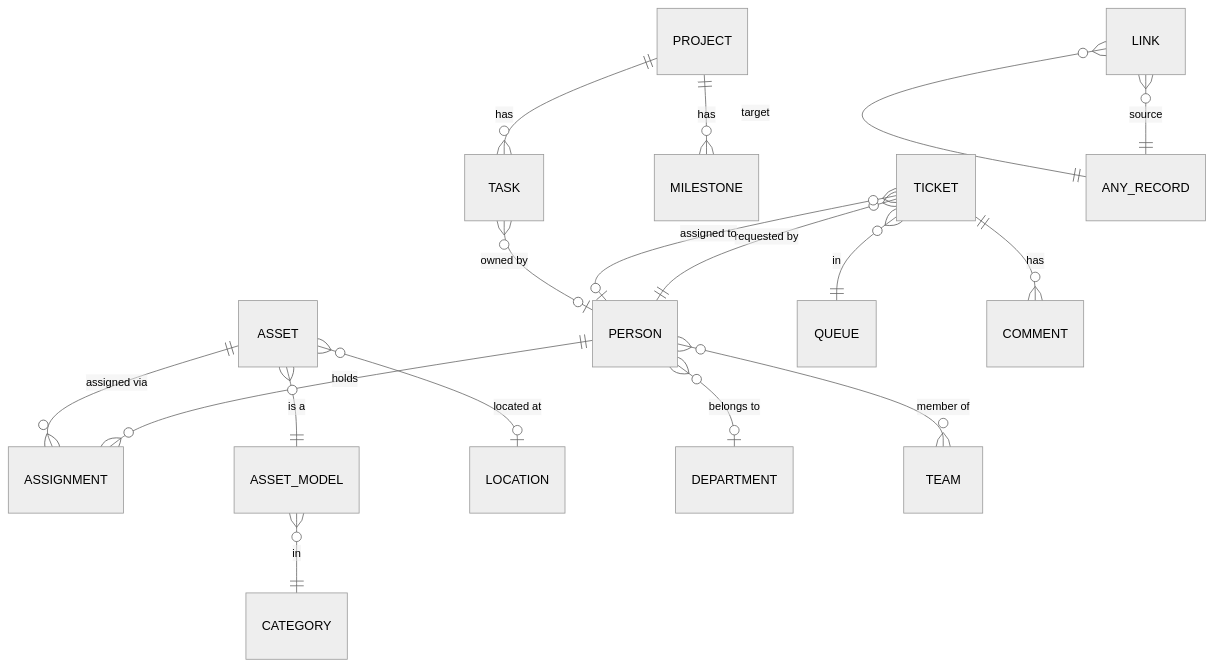
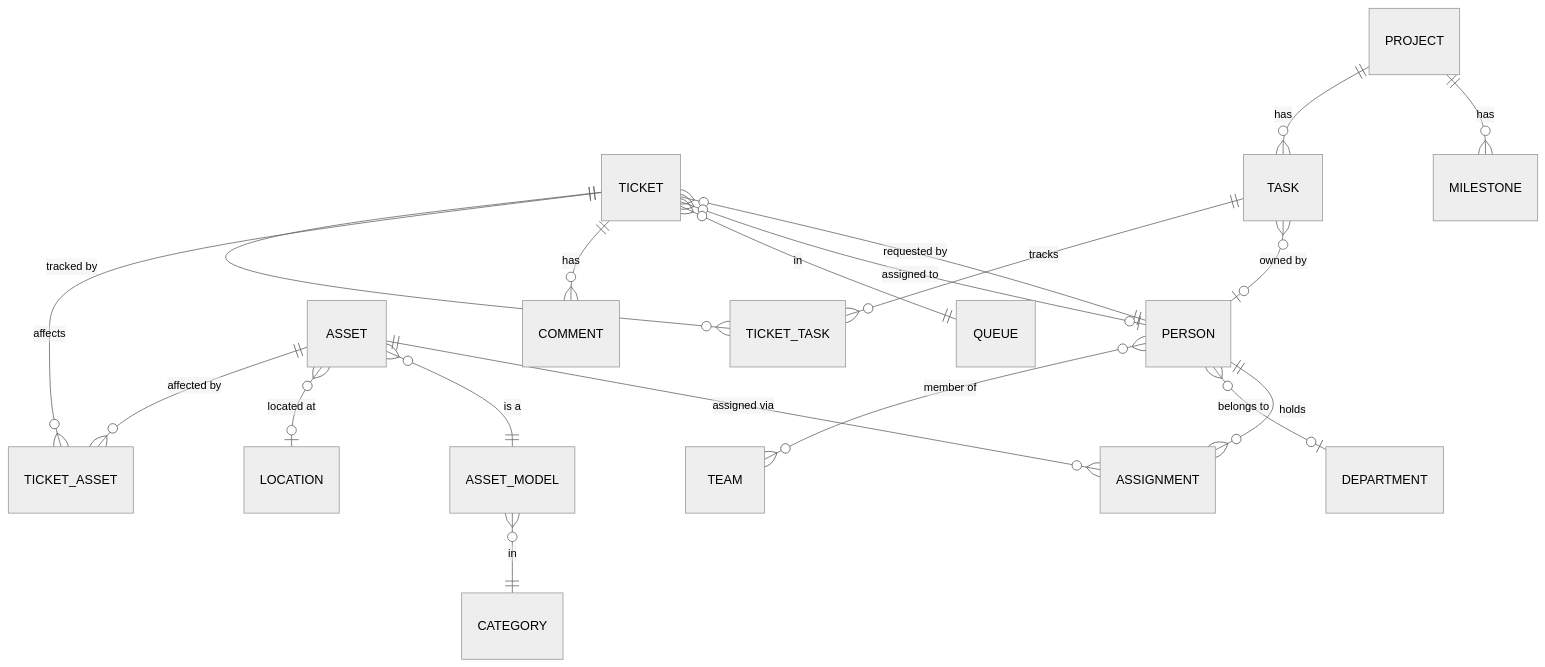
The first of 4 diagrams in docs/domain-model.md (NauelG/unitati), drawn with Mermaid (neutral theme) before and after one commit. The commit also changed other lines of this file and 14 other files, not shown here.

````diff
--- a/docs/domain-model.md
+++ b/docs/domain-model.md
@@ -20,22 +26,24 @@
 ```mermaid
 erDiagram
     PERSON ||--o{ ASSIGNMENT : "holds"
     ASSET ||--o{ ASSIGNMENT : "assigned via"
     ASSET }o--|| ASSET_MODEL : "is a"
     ASSET_MODEL }o--|| CATEGORY : "in"
     ASSET }o--o| LOCATION : "located at"
     PERSON }o--o| DEPARTMENT : "belongs to"
     PERSON }o--o{ TEAM : "member of"
 
     TICKET }o--|| PERSON : "requested by"
     TICKET }o--o| PERSON : "assigned to"
     TICKET }o--|| QUEUE : "in"
     TICKET ||--o{ COMMENT : "has"
 
     PROJECT ||--o{ MILESTONE : "has"
     PROJECT ||--o{ TASK : "has"
     TASK }o--o| PERSON : "owned by"
 
-    LINK }o--|| ANY_RECORD : "source"
-    LINK }o--|| ANY_RECORD : "target"
+    TICKET ||--o{ TICKET_ASSET : "affects"
+    ASSET ||--o{ TICKET_ASSET : "affected by"
+    TICKET ||--o{ TICKET_TASK : "tracked by"
+    TASK ||--o{ TICKET_TASK : "tracks"
 ```
````
